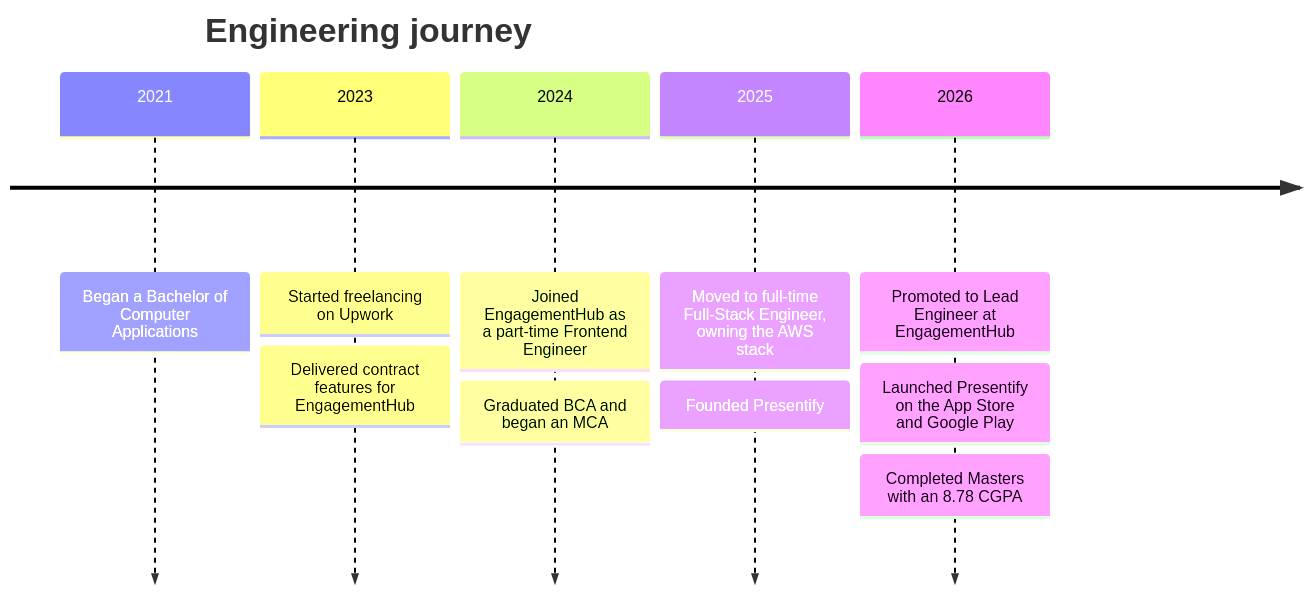
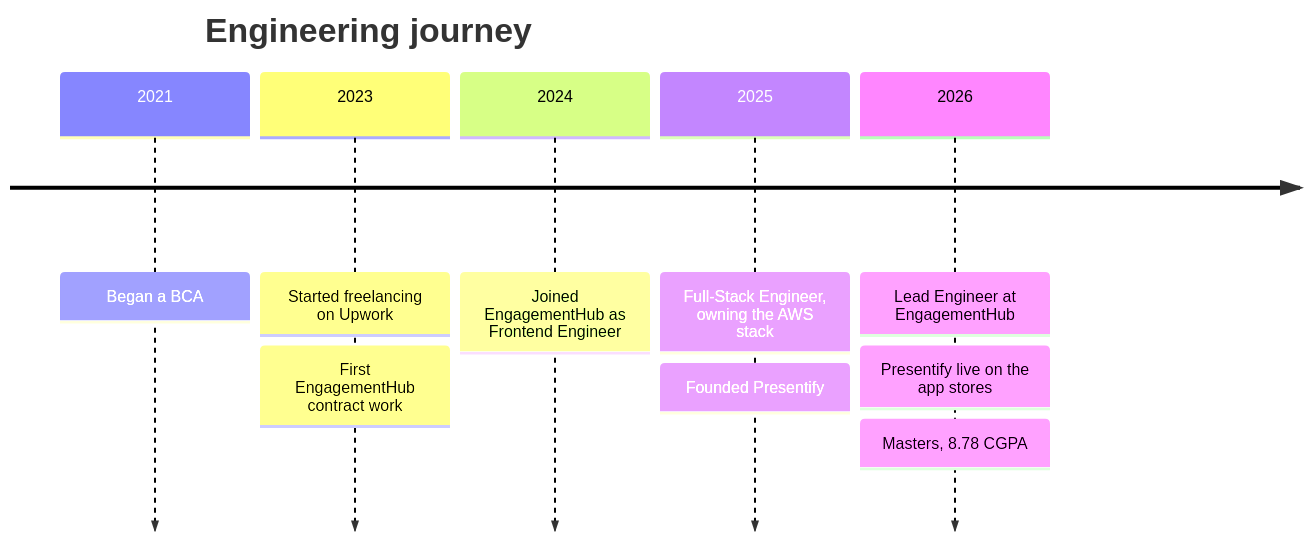
One commit to MrJ-2k04/MrJ-2k04 changed the diagram in README.md. Above: the diagram before and after it, drawn with Mermaid. The commit also changed other lines of this file and 13 other files, not shown here.

````diff
--- a/README.md
+++ b/README.md
@@ -144,14 +126,13 @@
 ```mermaid
 timeline
     title Engineering journey
-    2021 : Began a Bachelor of Computer Applications
+    2021 : Began a BCA
     2023 : Started freelancing on Upwork
-         : Delivered contract features for EngagementHub
-    2024 : Joined EngagementHub as a part-time Frontend Engineer
-         : Graduated BCA and began an MCA
-    2025 : Moved to full-time Full-Stack Engineer, owning the AWS stack
+         : First EngagementHub contract work
+    2024 : Joined EngagementHub as Frontend Engineer
+    2025 : Full-Stack Engineer, owning the AWS stack
          : Founded Presentify
-    2026 : Promoted to Lead Engineer at EngagementHub
-         : Launched Presentify on the App Store and Google Play
-         : Completed Masters with an 8.78 CGPA
+    2026 : Lead Engineer at EngagementHub
+         : Presentify live on the app stores
+         : Masters, 8.78 CGPA
 ```
````
